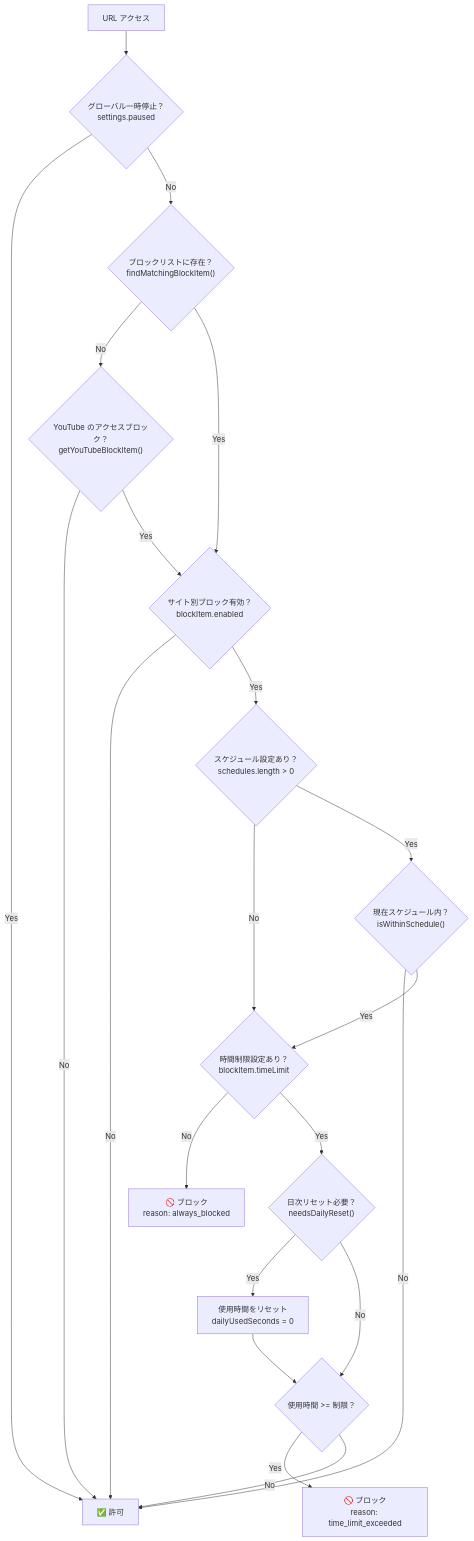
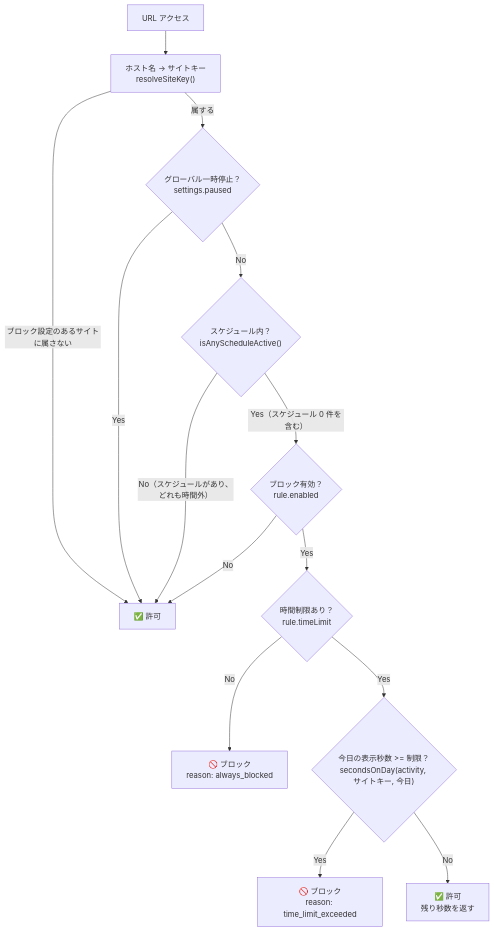
One commit to machina-gg/vision-focus changed the first of 4 diagrams in docs/BLOCK_STATE_MACHINE.md. Above: the diagram before and after it, drawn with Mermaid. The commit also changed other lines of this file and 12 other files, not shown here.

````diff
--- a/docs/BLOCK_STATE_MACHINE.md
+++ b/docs/BLOCK_STATE_MACHINE.md
@@ -11,33 +11,22 @@
 ```mermaid
 flowchart TD
-    Start["URL アクセス"] --> A{"グローバル一時停止？<br/>settings.paused"}
+    Start["URL アクセス"] --> Host["ホスト名 → サイトキー<br/>resolveSiteKey()"]
 
-    A -->|Yes| Unblocked["✅ 許可"]
-    A -->|No| B{"ブロックリストに存在？<br/>findMatchingBlockItem()"}
+    Host -->|ブロック設定のあるサイトに属さない| Unblocked["✅ 許可"]
+    Host -->|属する| A{"グローバル一時停止？<br/>settings.paused"}
 
-    B -->|No| YT{"YouTube のアクセスブロック？<br/>getYouTubeBlockItem()"}
-    B -->|Yes| C{"サイト別ブロック有効？<br/>blockItem.enabled"}
+    A -->|Yes| Unblocked
+    A -->|No| D{"スケジュール内？<br/>isAnyScheduleActive()"}
 
-    YT -->|No| Unblocked
-    YT -->|Yes| C
+    D -->|No（スケジュールがあり、どれも時間外）| Unblocked
+    D -->|Yes（スケジュール 0 件を含む）| C{"ブロック有効？<br/>rule.enabled"}
 
     C -->|No| Unblocked
-    C -->|Yes| D{"スケジュール設定あり？<br/>schedules.length > 0"}
-
-    D -->|No| E{"時間制限設定あり？<br/>blockItem.timeLimit"}
-    D -->|Yes| F{"現在スケジュール内？<br/>isWithinSchedule()"}
-
-    F -->|No| Unblocked
-    F -->|Yes| E
+    C -->|Yes| E{"時間制限あり？<br/>rule.timeLimit"}
 
     E -->|No| Blocked["🚫 ブロック<br/>reason: always_blocked"]
-    E -->|Yes| H{"日次リセット必要？<br/>needsDailyReset()"}
-
-    H -->|Yes| J["使用時間をリセット<br/>dailyUsedSeconds = 0"]
-    H -->|No| K{"使用時間 >= 制限？"}
-
-    J --> K
+    E -->|Yes| K{"今日の表示秒数 >= 制限？<br/>secondsOnDay(activity, サイトキー, 今日)"}
 
     K -->|Yes| TimeLimitExceeded["🚫 ブロック<br/>reason: time_limit_exceeded"]
-    K -->|No| Unblocked
+    K -->|No| Within["✅ 許可<br/>残り秒数を返す"]
 ```
````
